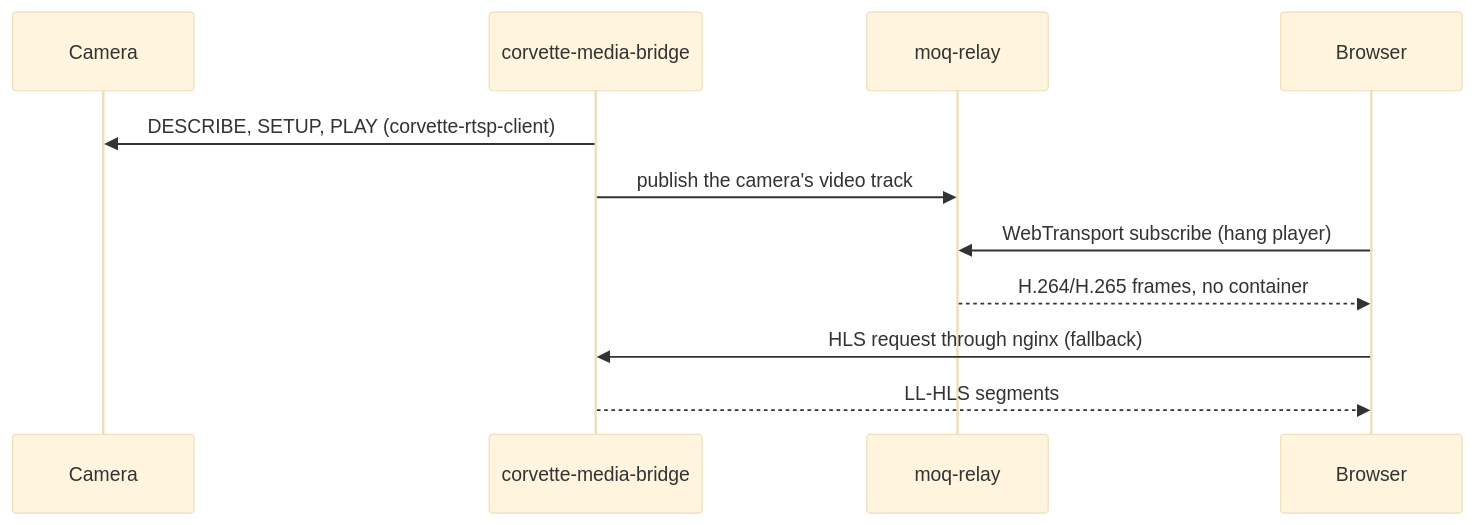
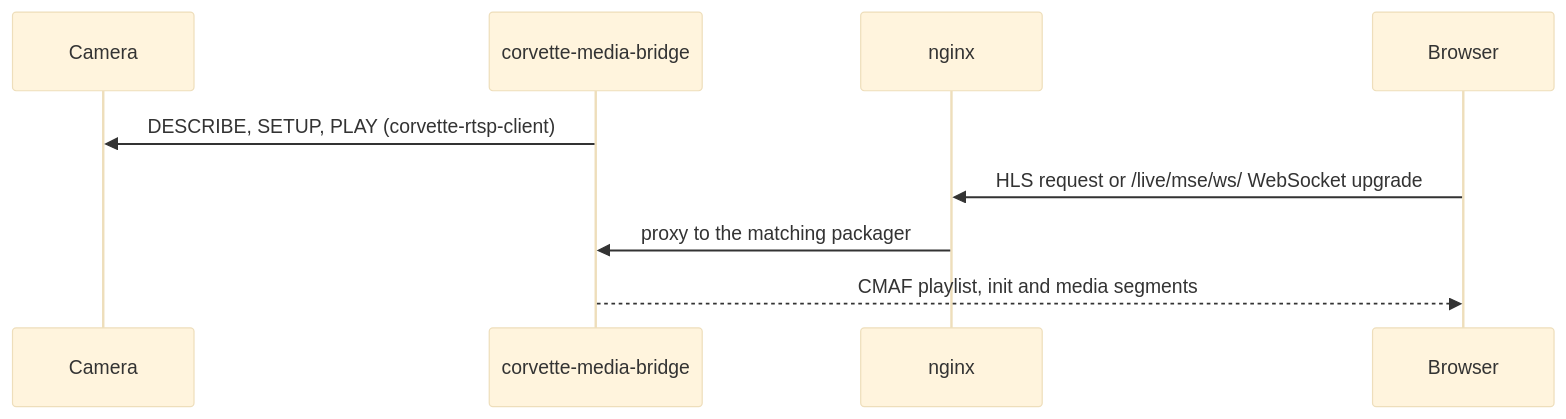
One commit to cvandesande/corvette changed the fourth of 5 diagrams in docs/design/architecture.md. Above: the diagram before and after it, drawn with Mermaid (base theme). The commit also changed other lines of this file and 1 other file, not shown here.

First line of the commit message:
Update the design documents for the removed MoQ live path

````diff
--- a/docs/design/architecture.md
+++ b/docs/design/architecture.md
@@ -235,13 +227,11 @@
 ```mermaid
 sequenceDiagram
     participant cam as Camera
     participant bridge as corvette-media-bridge
-    participant relay as moq-relay
+    participant nginx as nginx
     participant browser as Browser
     bridge->>cam: DESCRIBE, SETUP, PLAY (corvette-rtsp-client)
-    bridge->>relay: publish the camera's video track
-    browser->>relay: WebTransport subscribe (hang player)
-    relay-->>browser: H.264/H.265 frames, no container
-    browser->>bridge: HLS request through nginx (fallback)
-    bridge-->>browser: LL-HLS segments
+    browser->>nginx: HLS request or /live/mse/ws/ WebSocket upgrade
+    nginx->>bridge: proxy to the matching packager
+    bridge-->>browser: CMAF playlist, init and media segments
 ```
````
